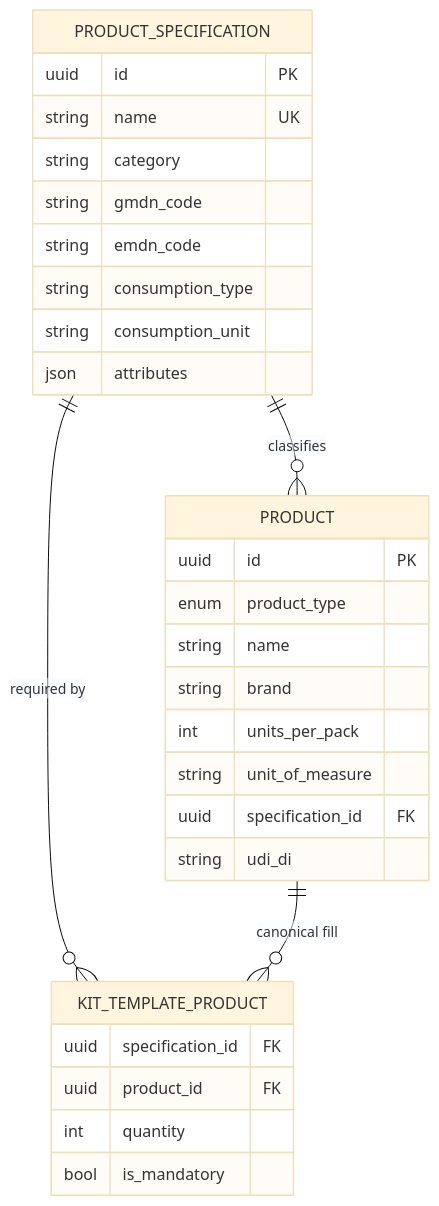
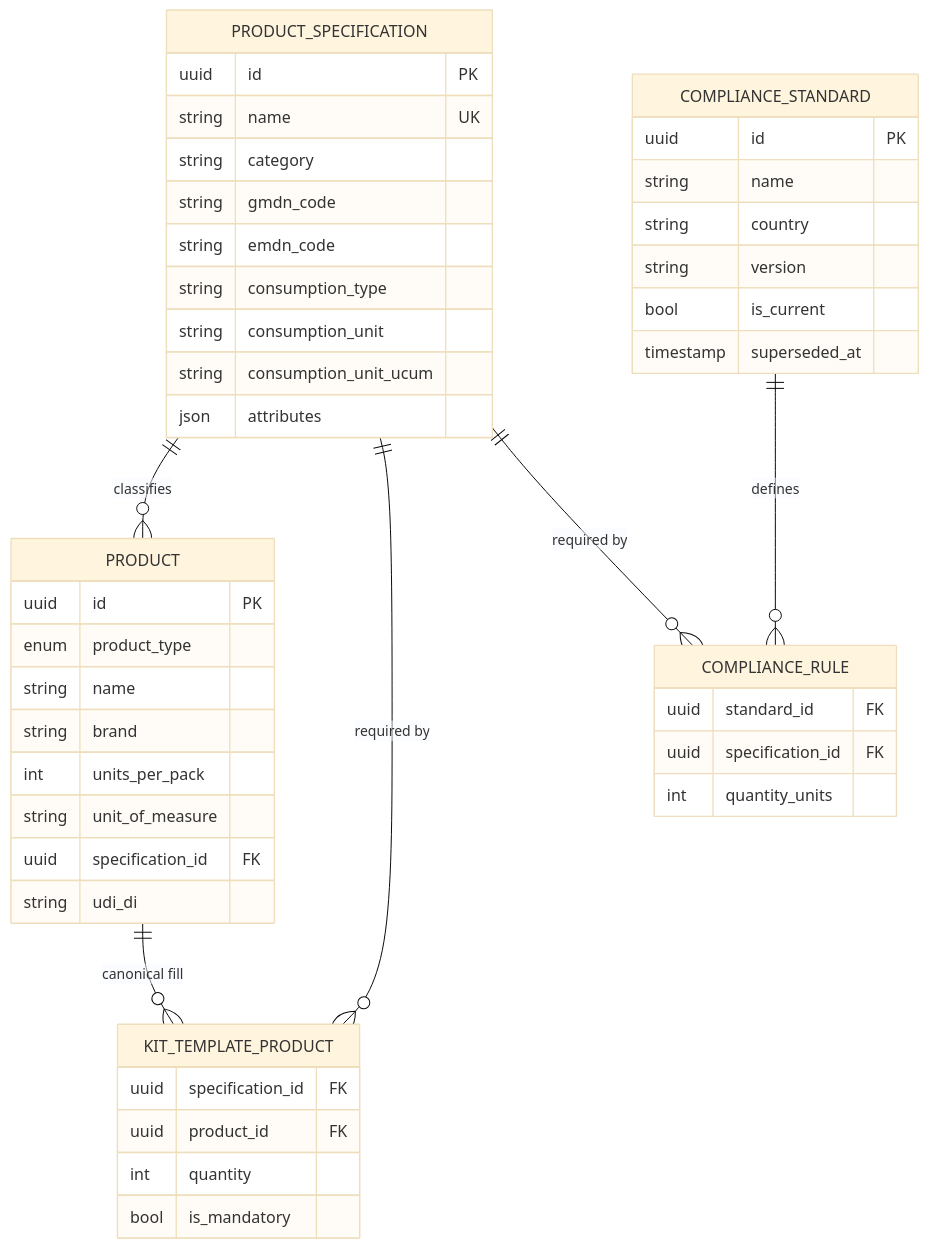
Before and after one commit to Kanousei-ME/compliance-metadata-ontology: the diagram in docs/ERD.md, drawn with Mermaid (base theme). The commit also changed other lines of this file and 4 other files, not shown here.

Commit message:
Add UCUM units and versioned compliance_standard/rule tables

````diff
--- a/docs/ERD.md
+++ b/docs/ERD.md
@@ -3,33 +3,49 @@
 ```mermaid
 erDiagram
     PRODUCT_SPECIFICATION ||--o{ PRODUCT : classifies
     PRODUCT_SPECIFICATION ||--o{ KIT_TEMPLATE_PRODUCT : "required by"
     PRODUCT ||--o{ KIT_TEMPLATE_PRODUCT : "canonical fill"
+    PRODUCT_SPECIFICATION ||--o{ COMPLIANCE_RULE : "required by"
+    COMPLIANCE_STANDARD ||--o{ COMPLIANCE_RULE : defines
 
     PRODUCT_SPECIFICATION {
         uuid id PK
         string name UK
         string category
         string gmdn_code
         string emdn_code
         string consumption_type
         string consumption_unit
+        string consumption_unit_ucum
         json attributes
     }
     PRODUCT {
         uuid id PK
         enum product_type
         string name
         string brand
         int units_per_pack
         string unit_of_measure
         uuid specification_id FK
         string udi_di
     }
     KIT_TEMPLATE_PRODUCT {
         uuid specification_id FK
         uuid product_id FK
         int quantity
         bool is_mandatory
     }
+    COMPLIANCE_STANDARD {
+        uuid id PK
+        string name
+        string country
+        string version
+        bool is_current
+        timestamp superseded_at
+    }
+    COMPLIANCE_RULE {
+        uuid standard_id FK
+        uuid specification_id FK
+        int quantity_units
+    }
 ```
````
